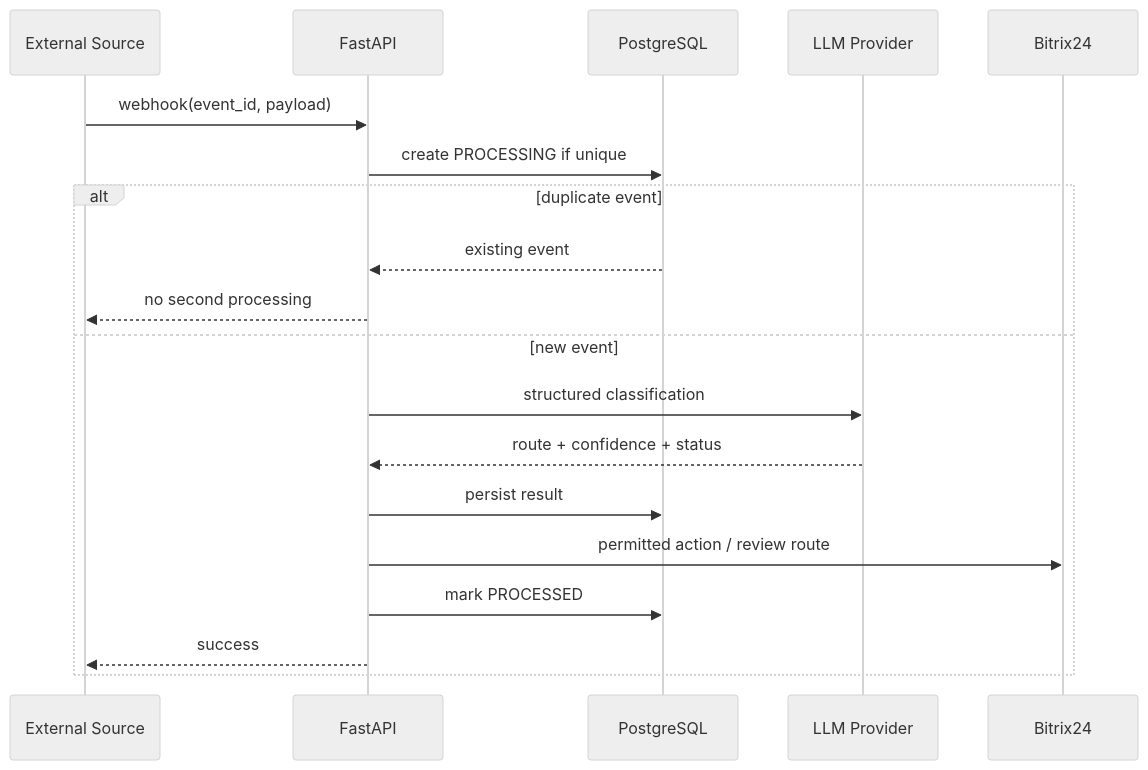
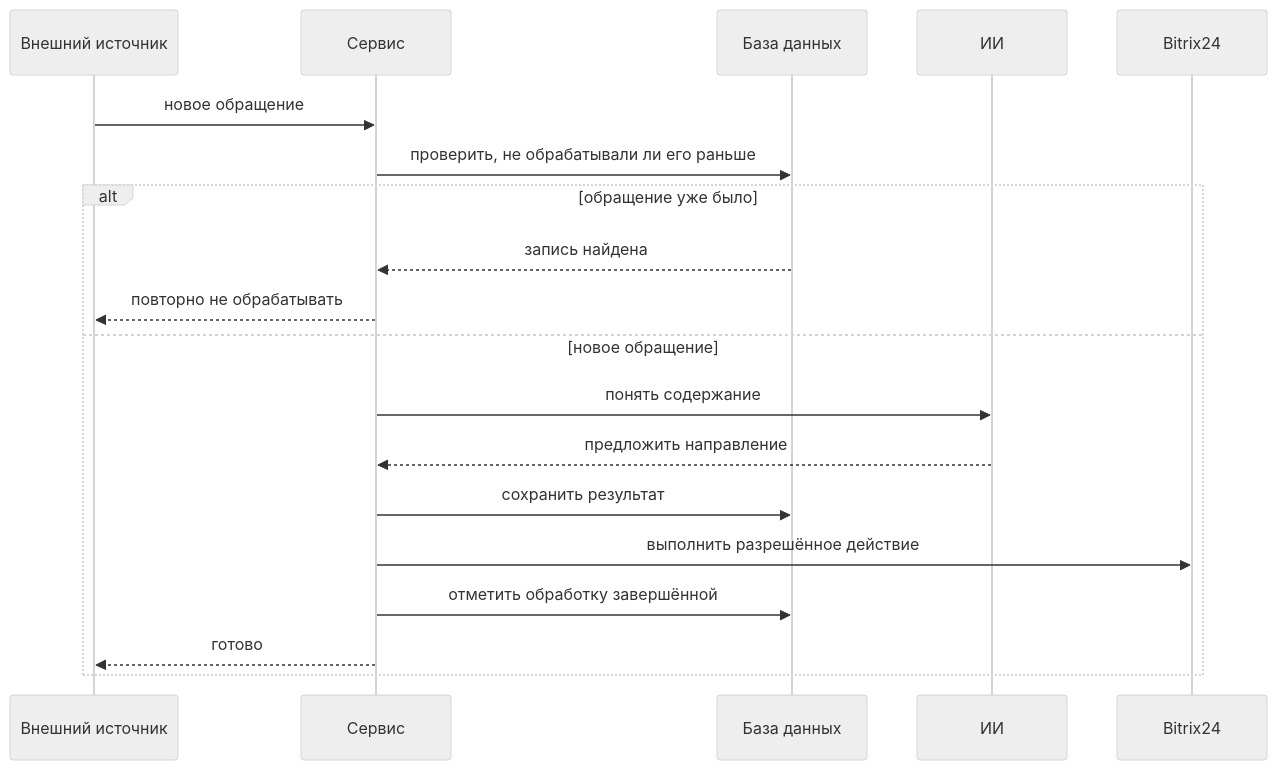
The second of 5 diagrams in docs/ARCHITECTURE.md (kirillq2098/kirillq2098), drawn with Mermaid (neutral theme) before and after one commit. The commit also changed other lines of this file, not shown here.

Commit message:
docs: explain system architecture in plain Russian

````diff
--- a/docs/ARCHITECTURE.md
+++ b/docs/ARCHITECTURE.md
@@ -23,22 +25,22 @@
 ```mermaid
 sequenceDiagram
-    participant S as External Source
-    participant API as FastAPI
-    participant DB as PostgreSQL
-    participant AI as LLM Provider
+    participant S as Внешний источник
+    participant API as Сервис
+    participant DB as База данных
+    participant AI as ИИ
     participant CRM as Bitrix24
 
-    S->>API: webhook(event_id, payload)
-    API->>DB: create PROCESSING if unique
-    alt duplicate event
-        DB-->>API: existing event
-        API-->>S: no second processing
-    else new event
-        API->>AI: structured classification
-        AI-->>API: route + confidence + status
-        API->>DB: persist result
-        API->>CRM: permitted action / review route
-        API->>DB: mark PROCESSED
-        API-->>S: success
+    S->>API: новое обращение
+    API->>DB: проверить, не обрабатывали ли его раньше
+    alt обращение уже было
+        DB-->>API: запись найдена
+        API-->>S: повторно не обрабатывать
+    else новое обращение
+        API->>AI: понять содержание
+        AI-->>API: предложить направление
+        API->>DB: сохранить результат
+        API->>CRM: выполнить разрешённое действие
+        API->>DB: отметить обработку завершённой
+        API-->>S: готово
     end
 ```
````
